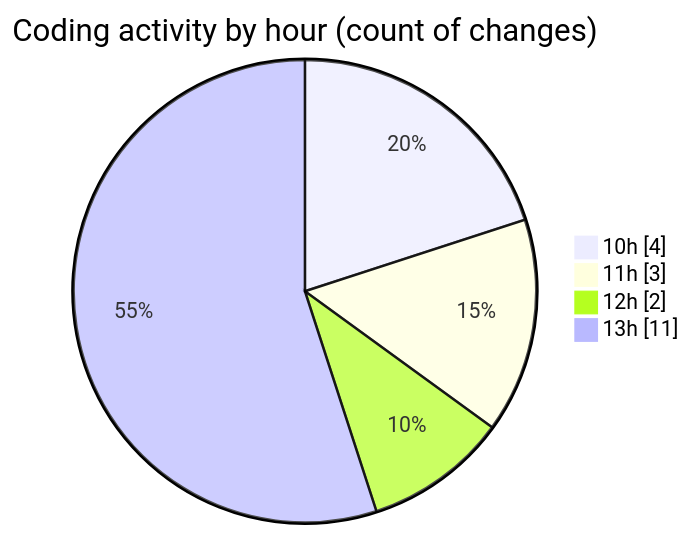
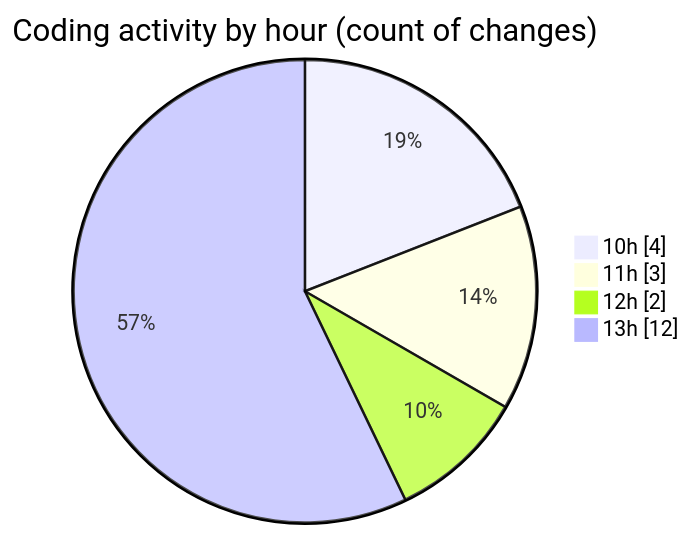
The second of 2 diagrams in 2026-08-21/nxtqube_webapp/README.md (nxtqubesakshisongat/code-tracking), drawn with Mermaid before and after one commit. The commit also changed other lines of this file and 1 other file, not shown here.

````diff
--- a/2026-08-21/nxtqube_webapp/README.md
+++ b/2026-08-21/nxtqube_webapp/README.md
@@ -39,8 +40,8 @@
 ```mermaid
 pie showData
 title Coding activity by hour (count of changes)
 "10h" : 4
 "11h" : 3
 "12h" : 2
-"13h" : 11
+"13h" : 12
 ```
````
